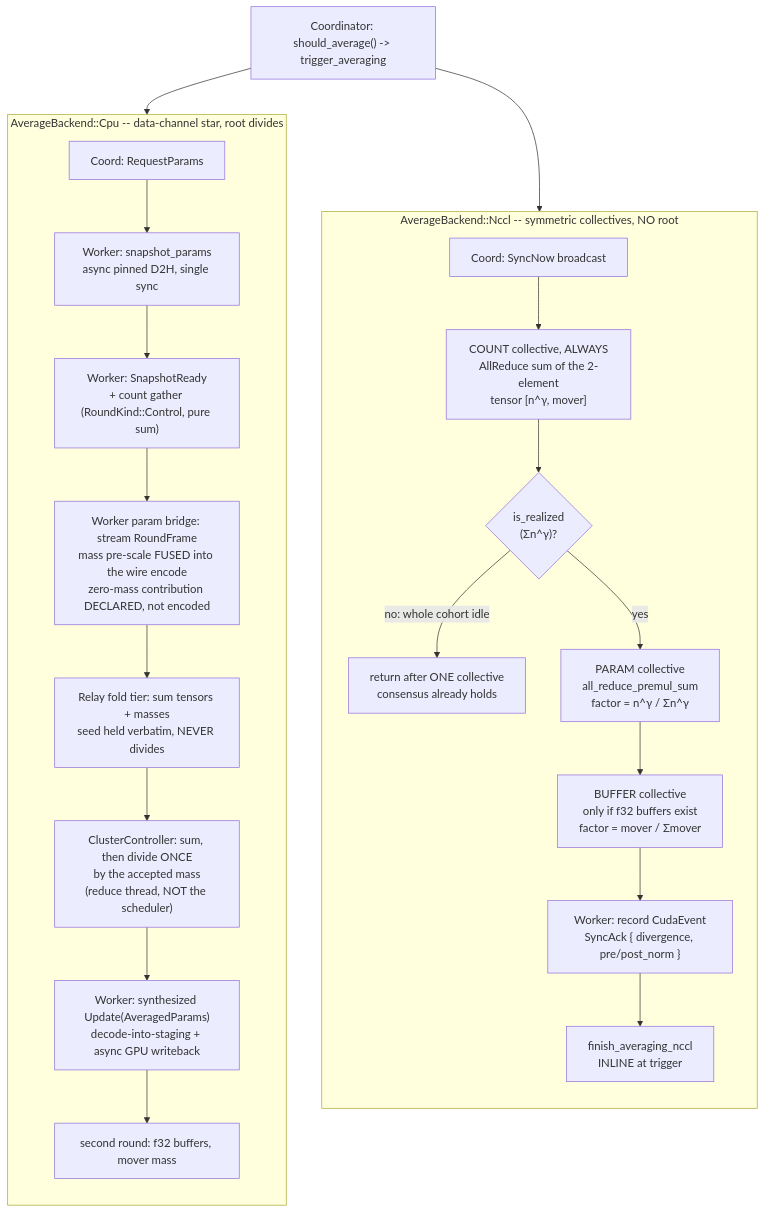
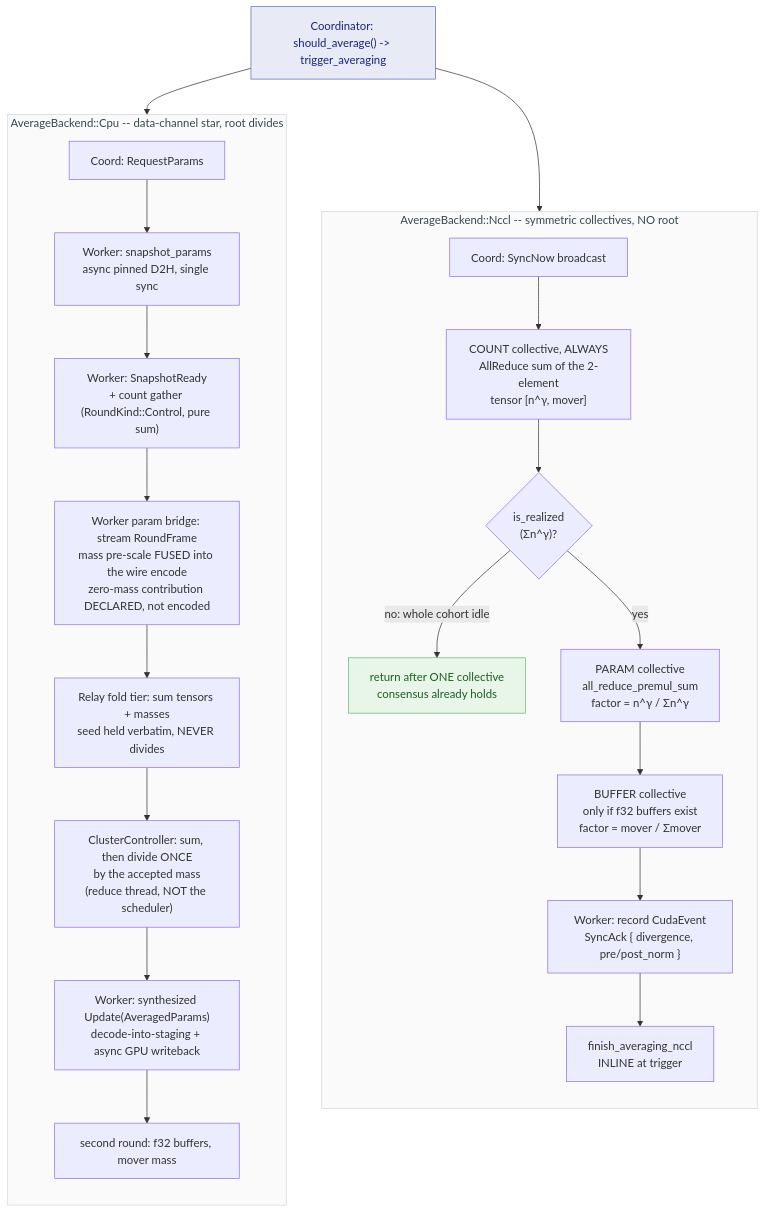
One commit to fab2s/floDl changed the fourth of 7 diagrams in docs/distributed/architecture.md. Above: the diagram before and after it, drawn with Mermaid. The commit also changed other lines of this file and 6 other files, not shown here.

Commit message:
doc: mermaid palette

````diff
--- a/docs/distributed/architecture.md
+++ b/docs/distributed/architecture.md
@@ -352,31 +365,38 @@
 ```mermaid
 flowchart TB
     S["Coordinator: should_average() -> trigger_averaging"]
 
     subgraph nccl["AverageBackend::Nccl -- symmetric collectives, NO root"]
         direction TB
         N1["Coord: SyncNow broadcast"] --> N2["COUNT collective, ALWAYS<br/>AllReduce sum of the 2-element<br/>tensor [n^γ, mover]"]
         N2 --> N3{"is_realized<br/>(Σn^γ)?"}
         N3 -->|"no: whole cohort idle"| N4["return after ONE collective<br/>consensus already holds"]
         N3 -->|yes| N5["PARAM collective<br/>all_reduce_premul_sum<br/>factor = n^γ / Σn^γ"]
         N5 --> N6["BUFFER collective<br/>only if f32 buffers exist<br/>factor = mover / Σmover"]
         N6 --> N7["Worker: record CudaEvent<br/>SyncAck { divergence, pre/post_norm }"]
         N7 --> N8["finish_averaging_nccl<br/>INLINE at trigger"]
     end
 
     subgraph cpu["AverageBackend::Cpu -- data-channel star, root divides"]
         direction TB
         P1["Coord: RequestParams"] --> P2["Worker: snapshot_params<br/>async pinned D2H, single sync"]
         P2 --> P3["Worker: SnapshotReady<br/>+ count gather (RoundKind::Control, pure sum)"]
         P3 --> P4["Worker param bridge: stream RoundFrame<br/>mass pre-scale FUSED into the wire encode<br/>zero-mass contribution DECLARED, not encoded"]
         P4 --> P5["Relay fold tier: sum tensors + masses<br/>seed held verbatim, NEVER divides"]
         P5 --> P6["ClusterController: sum, then divide ONCE<br/>by the accepted mass<br/>(reduce thread, NOT the scheduler)"]
         P6 --> P7["Worker: synthesized Update(AveragedParams)<br/>decode-into-staging + async GPU writeback"]
         P7 --> P8["second round: f32 buffers, mover mass"]
     end
 
     %% Both branches hang off one root, so they start on the same rank and the
     %% two backends read as parallel alternatives rather than a sequence.
     S --> N1
     S --> P1
+
+    classDef actor fill:#e8eaf6,stroke:#5c6bc0,color:#1a237e
+    classDef good fill:#e8f5e9,stroke:#66bb6a,color:#1b5e20
+    class S actor
+    class N4 good
+    classDef group fill:#fafafa,stroke:#cfd8dc,color:#37474f
+    class nccl,cpu group
 ```
````
